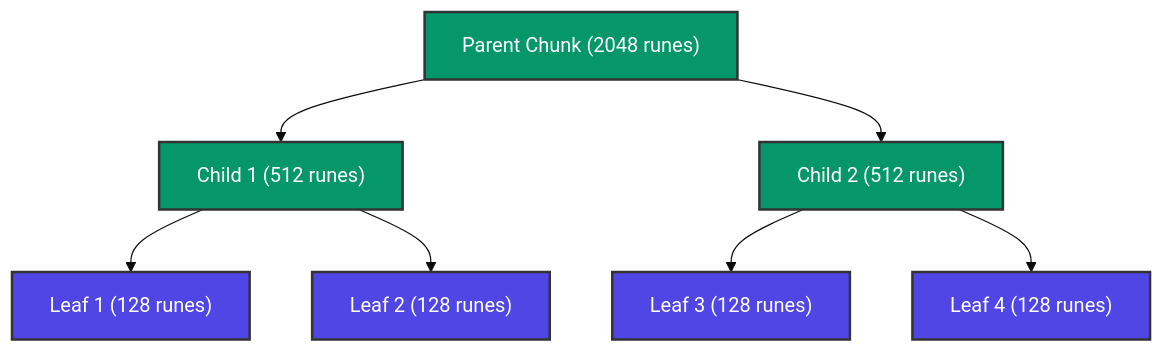
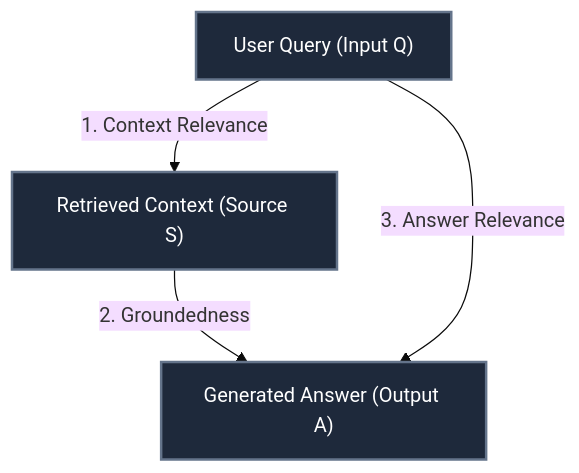
One commit to vikashkumar21/rag_project changed the second of 2 diagrams in RAG_Course_Guide.md. Above: the diagram before and after it, drawn with Mermaid (base theme). The commit also changed other lines of this file and 5 other files, not shown here.

````diff
--- a/RAG_Course_Guide.md
+++ b/RAG_Course_Guide.md
@@ -80,22 +41,13 @@
 ```mermaid
 graph TD
-    P1["Parent Chunk (2048 runes)"]
-    C1["Child 1 (512 runes)"]
-    C2["Child 2 (512 runes)"]
-    L1["Leaf 1 (128 runes)"]
-    L2["Leaf 2 (128 runes)"]
-    L3["Leaf 3 (128 runes)"]
-    L4["Leaf 4 (128 runes)"]
+    Q["User Query (Input Q)"]
+    S["Retrieved Context (Source S)"]
+    A["Generated Answer (Output A)"]
 
-    P1 --> C1
-    P1 --> C2
-    C1 --> L1
-    C1 --> L2
-    C2 --> L3
-    C2 --> L4
+    Q -- "1. Context Relevance" --> S
+    S -- "2. Groundedness" --> A
+    Q -- "3. Answer Relevance" --> A
 
-    classDef indexed fill:#4f46e5,stroke:#333,stroke-width:2px,color:#fff;
-    classDef docstore fill:#059669,stroke:#333,stroke-width:2px,color:#fff;
-    class L1,L2,L3,L4 indexed;
-    class P1,C1,C2 docstore;
+    classDef nodeStyle fill:#1e293b,stroke:#64748b,stroke-width:2px,color:#fff;
+    class Q,S,A nodeStyle;
 ```
````
